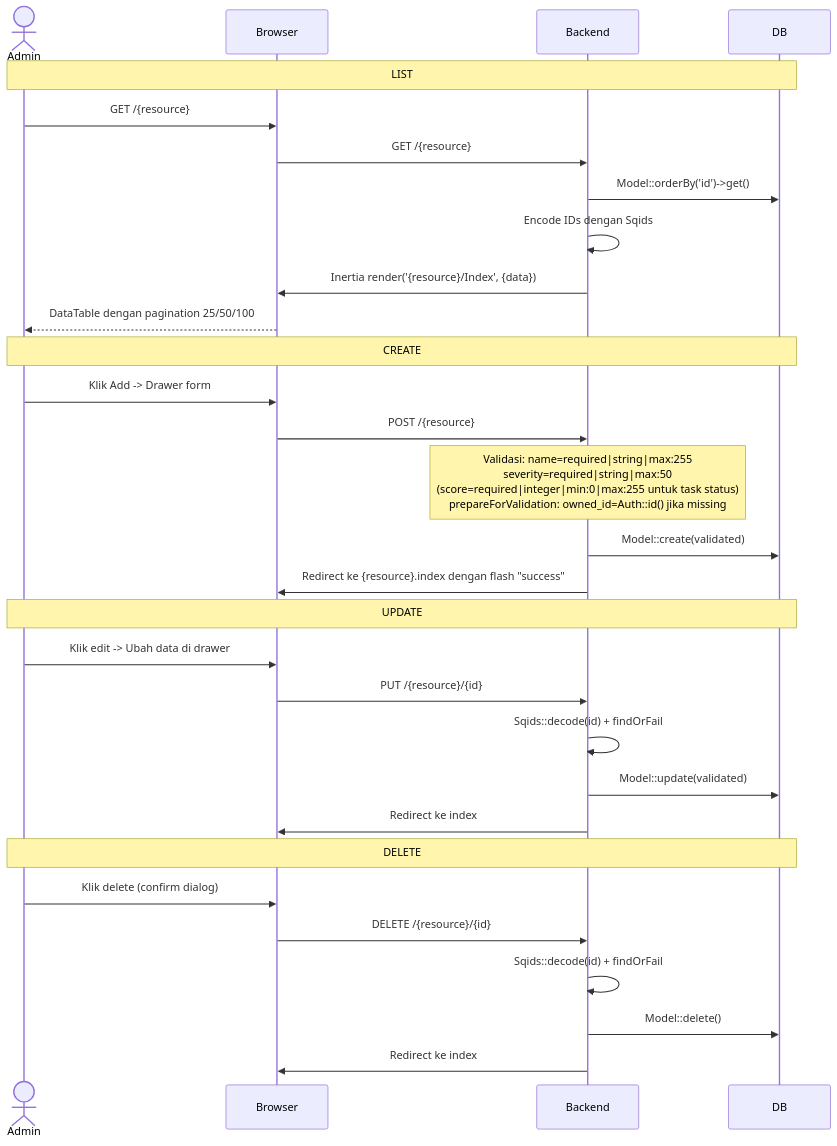
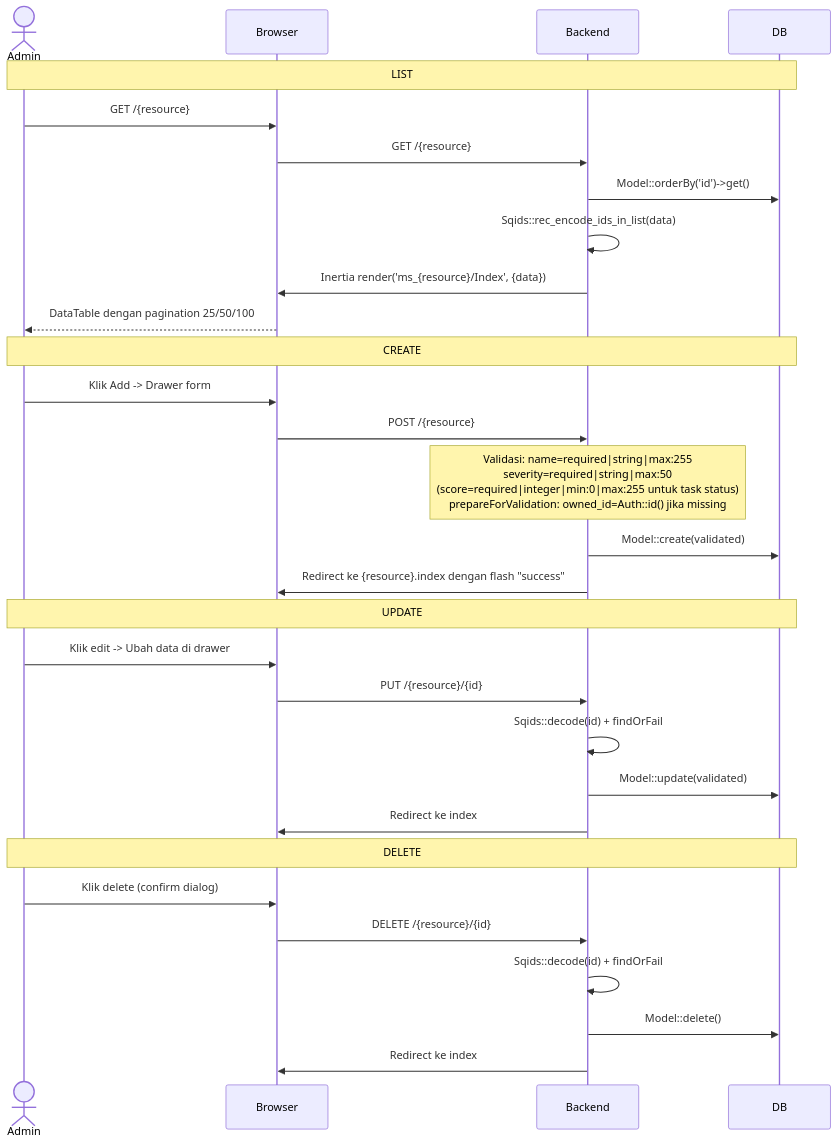
Before and after one commit to priamitra273/laptoplain: the first of 2 diagrams in docs/master-data/overview.md, drawn with Mermaid. The commit also changed other lines of this file and 14 other files, not shown here.

````diff
--- a/docs/master-data/overview.md
+++ b/docs/master-data/overview.md
@@ -22,38 +22,38 @@
 ```mermaid
 sequenceDiagram
     actor Admin
     participant Browser
     participant Backend
     participant DB
 
     Note over Admin,DB: LIST
     Admin->>Browser: GET /{resource}
     Browser->>Backend: GET /{resource}
     Backend->>DB: Model::orderBy('id')->get()
-    Backend->>Backend: Encode IDs dengan Sqids
-    Backend->>Browser: Inertia render('{resource}/Index', {data})
+    Backend->>Backend: Sqids::rec_encode_ids_in_list(data)
+    Backend->>Browser: Inertia render('ms_{resource}/Index', {data})
     Browser-->>Admin: DataTable dengan pagination 25/50/100
 
     Note over Admin,DB: CREATE
     Admin->>Browser: Klik Add -> Drawer form
     Browser->>Backend: POST /{resource}
 
     Note over Backend: Validasi: name=required|string|max:255<br/>severity=required|string|max:50<br/>(score=required|integer|min:0|max:255 untuk task status)<br/>prepareForValidation: owned_id=Auth::id() jika missing
 
     Backend->>DB: Model::create(validated)
     Backend->>Browser: Redirect ke {resource}.index dengan flash "success"
 
     Note over Admin,DB: UPDATE
     Admin->>Browser: Klik edit -> Ubah data di drawer
     Browser->>Backend: PUT /{resource}/{id}
     Backend->>Backend: Sqids::decode(id) + findOrFail
     Backend->>DB: Model::update(validated)
     Backend->>Browser: Redirect ke index
 
     Note over Admin,DB: DELETE
     Admin->>Browser: Klik delete (confirm dialog)
     Browser->>Backend: DELETE /{resource}/{id}
     Backend->>Backend: Sqids::decode(id) + findOrFail
     Backend->>DB: Model::delete()
     Backend->>Browser: Redirect ke index
 ```
````
